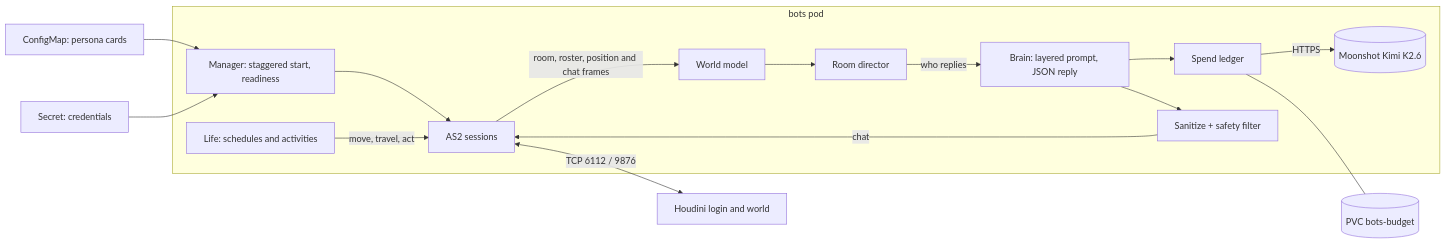
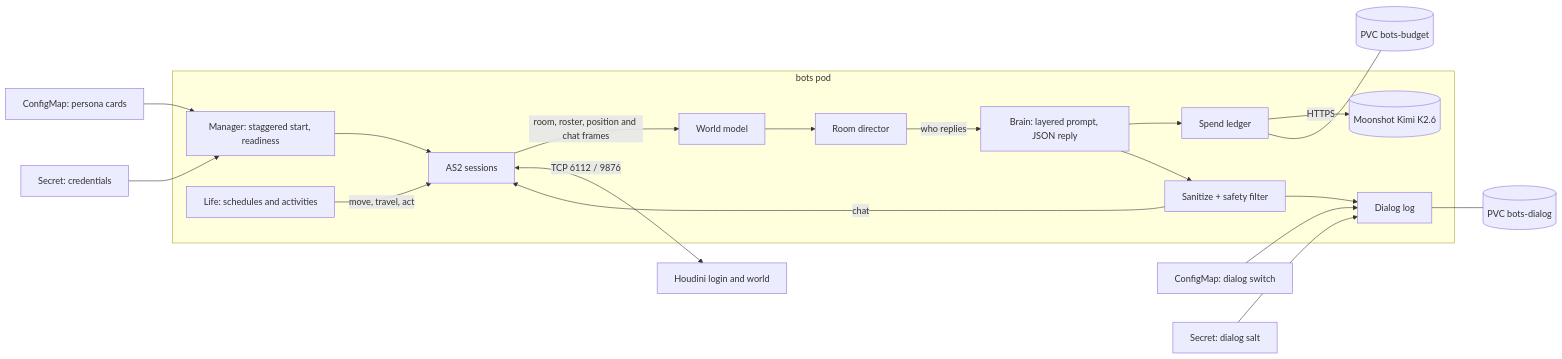
The diagram in docs/bots.md (AlejoReyna/ClubPenguinFork), drawn with Mermaid before and after one commit. The commit also changed other lines of this file and 16 other files, not shown here.

First line of the commit message:
Bitacora/dialog log (#21)

````diff
--- a/docs/bots.md
+++ b/docs/bots.md
@@ -24,17 +24,21 @@
 ```mermaid
 flowchart LR
   subgraph pod["bots pod"]
     M["Manager: staggered start, readiness"] --> S["AS2 sessions"]
     S -->|"room, roster, position and chat frames"| W["World model"]
     W --> D["Room director"]
     L["Life: schedules and activities"] -->|"move, travel, act"| S
     D -->|"who replies"| B["Brain: layered prompt, JSON reply"]
     B --> G["Spend ledger"]
     G -->|HTTPS| K[("Moonshot Kimi K2.6")]
     B --> F["Sanitize + safety filter"] -->|chat| S
+    F --> DL["Dialog log"]
   end
   S <-->|"TCP 6112 / 9876"| H["Houdini login and world"]
   G --- PVC[("PVC bots-budget")]
+  DL --- DPVC[("PVC bots-dialog")]
   Cast["ConfigMap: persona cards"] --> M
   Sec["Secret: credentials"] --> M
+  Sw["ConfigMap: dialog switch"] --> DL
+  Salt["Secret: dialog salt"] --> DL
 ```
````
